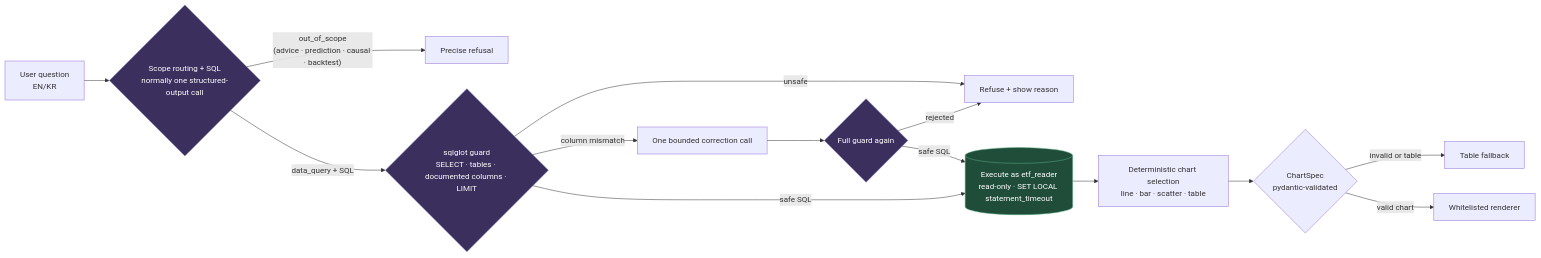
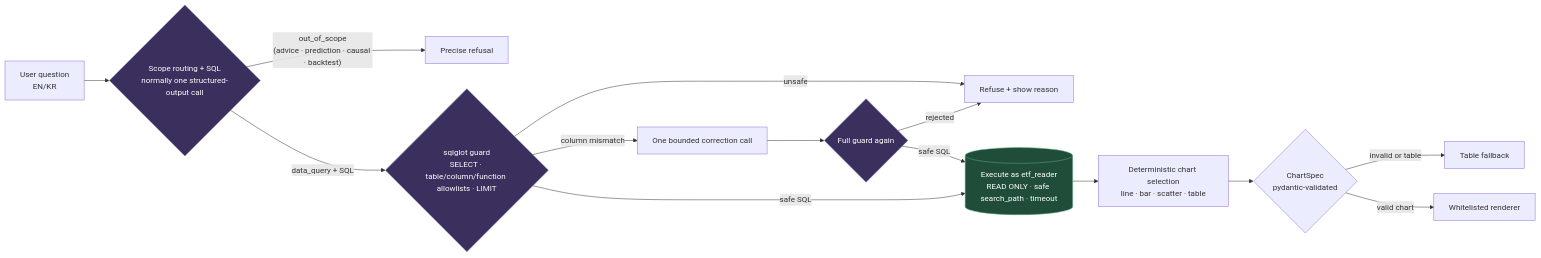
One commit to aestim/etf-analytics changed the second of 2 diagrams in docs/architecture.md. Above: the diagram before and after it, drawn with Mermaid. The commit also changed other lines of this file and 32 other files, not shown here.

Commit message:
fix: harden ETF metrics and query safety

````diff
--- a/docs/architecture.md
+++ b/docs/architecture.md
@@ -92,21 +92,21 @@
 ```mermaid
 flowchart LR
   U[User question<br/>EN/KR] --> S{Scope routing + SQL<br/>normally one structured-output call}
   S -- out_of_scope<br/>(advice · prediction · causal · backtest) --> R1[Precise refusal]
-  S -- data_query + SQL --> V1{sqlglot guard<br/>SELECT · tables · documented columns · LIMIT}
+  S -- data_query + SQL --> V1{sqlglot guard<br/>SELECT · table/column/function allowlists · LIMIT}
   V1 -- unsafe --> R2[Refuse + show reason]
   V1 -- column mismatch --> F[One bounded correction call]
   F --> V2{Full guard again}
   V2 -- rejected --> R2
-  V1 -- safe SQL --> X[(Execute as etf_reader<br/>read-only · SET LOCAL statement_timeout)]
+  V1 -- safe SQL --> X[(Execute as etf_reader<br/>READ ONLY · safe search_path · timeout)]
   V2 -- safe SQL --> X
   X --> C[Deterministic chart selection<br/>line · bar · scatter · table]
   C --> P{ChartSpec<br/>pydantic-validated}
   P -- invalid or table --> T[Table fallback]
   P -- valid chart --> W[Whitelisted renderer]
 
   classDef gate fill:#3b2f5e,stroke:#8a7fb8,color:#fff;
   classDef exec fill:#1f4d3a,stroke:#5fae86,color:#fff;
   class S,V1,V2 gate;
   class X exec;
 ```
````
